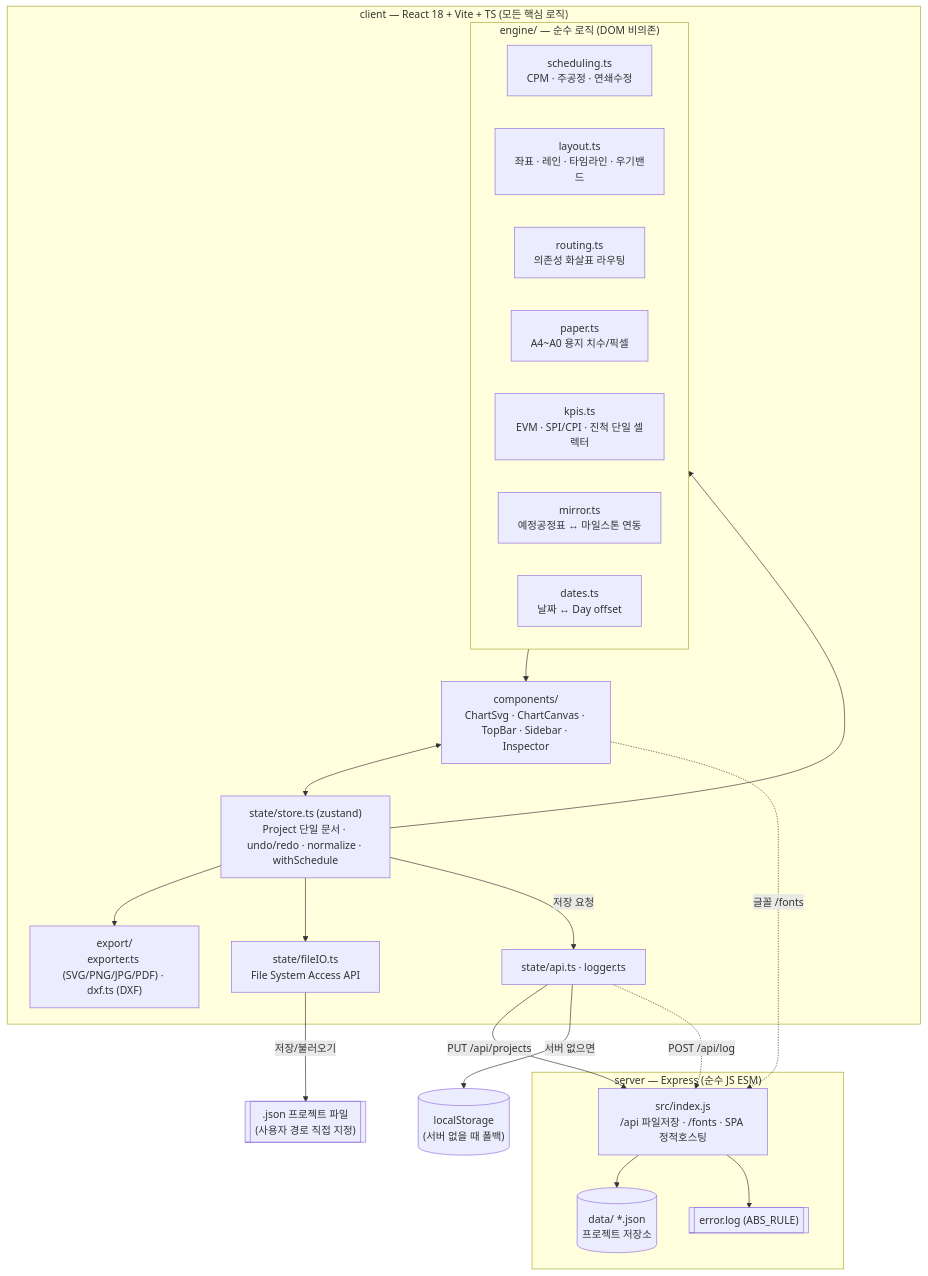
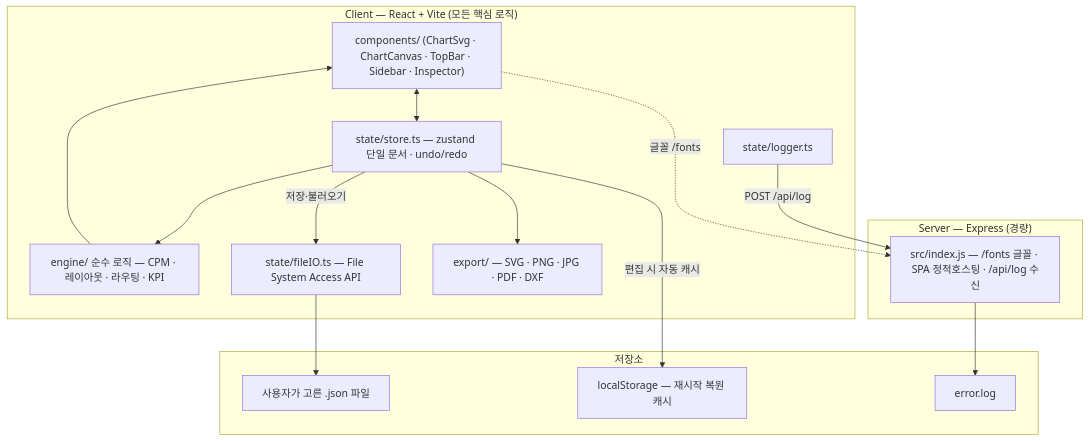
One commit to hjlee624/HydroNet changed the diagram in README.md. Above: the diagram before and after it, drawn with Mermaid.

Commit message:
docs(readme): 아키텍처 mermaid 단순화 + 정확화 (11노드·3서브그래프)
기존 다이어그램은 engine/을 7노드로 쪼개고 ~14엣지가 교차해 복잡했고,
저장 경로를 죽은 코드 state/api.ts→Express PUT으로 잘못 표기했다.
- engine/ 7파일 → 단일 노드로 축약.
- 죽은 api.ts 저장 경로 제거 → 실제 경로만: 저장=fileIO→.json,
  재시작 복원=localStorage, 로깅=logger→POST /api/log→error.log.
- Client / Server / 저장소 3개 subgraph로 정리(노드 11·엣지 10).
3후보 병렬 생성 후 심사관이 문법·정확성 검증하여 선정(워크플로).

````diff
--- a/README.md
+++ b/README.md
@@ -116,42 +116,32 @@
 ```mermaid
 flowchart TD
-    subgraph Client["client — React 18 + Vite + TS (모든 핵심 로직)"]
-        UI["components/<br/>ChartSvg · ChartCanvas · TopBar · Sidebar · Inspector"]
-        Store["state/store.ts (zustand)<br/>Project 단일 문서 · undo/redo · normalize · withSchedule"]
-        subgraph Engine["engine/ — 순수 로직 (DOM 비의존)"]
-            Sched["scheduling.ts<br/>CPM · 주공정 · 연쇄수정"]
-            Layout["layout.ts<br/>좌표 · 레인 · 타임라인 · 우기밴드"]
-            Route["routing.ts<br/>의존성 화살표 라우팅"]
-            Paper["paper.ts<br/>A4~A0 용지 치수/픽셀"]
-            Kpis["kpis.ts<br/>EVM · SPI/CPI · 진척 단일 셀렉터"]
-            Mirror["mirror.ts<br/>예정공정표 ↔ 마일스톤 연동"]
-            Dates["dates.ts<br/>날짜 ↔ Day offset"]
-        end
-        Export["export/<br/>exporter.ts (SVG/PNG/JPG/PDF) · dxf.ts (DXF)"]
-        FileIO["state/fileIO.ts<br/>File System Access API"]
-        Api["state/api.ts · logger.ts"]
+    subgraph Client["Client — React + Vite (모든 핵심 로직)"]
+        UI["components/ (ChartSvg · ChartCanvas · TopBar · Sidebar · Inspector)"]
+        Store["state/store.ts — zustand 단일 문서 · undo/redo"]
+        Engine["engine/ 순수 로직 — CPM · 레이아웃 · 라우팅 · KPI"]
+        FileIO["state/fileIO.ts — File System Access API"]
+        Export["export/ — SVG · PNG · JPG · PDF · DXF"]
+        Logger["state/logger.ts"]
     end
 
-    subgraph Server["server — Express (순수 JS ESM)"]
-        Express["src/index.js<br/>/api 파일저장 · /fonts · SPA 정적호스팅"]
-        Data[("data/ *.json<br/>프로젝트 저장소")]
-        ErrLog[["error.log (ABS_RULE)"]]
+    subgraph Server["Server — Express (경량)"]
+        Express["src/index.js — /fonts 글꼴 · SPA 정적호스팅 · /api/log 수신"]
     end
 
-    JsonFile[[".json 프로젝트 파일<br/>(사용자 경로 직접 지정)"]]
-    Local[("localStorage<br/>(서버 없을 때 폴백)")]
+    subgraph Storage["저장소"]
+        JsonFile["사용자가 고른 .json 파일"]
+        Local["localStorage — 재시작 복원 캐시"]
+        ErrLog["error.log"]
+    end
 
     UI <--> Store
     Store --> Engine
     Engine --> UI
     Store --> Export
-    Store --> FileIO
-    FileIO -->|저장/불러오기| JsonFile
-    Store -->|저장 요청| Api
-    Api -->|PUT /api/projects| Express
-    Express --> Data
-    Api -->|서버 없으면| Local
-    Api -.->|POST /api/log| Express
+    Store -->|저장·불러오기| FileIO
+    FileIO --> JsonFile
+    Store -->|편집 시 자동 캐시| Local
+    Logger -->|POST /api/log| Express
     Express --> ErrLog
     UI -.->|글꼴 /fonts| Express
 ```
````
